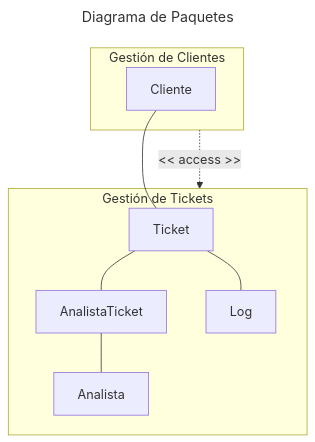
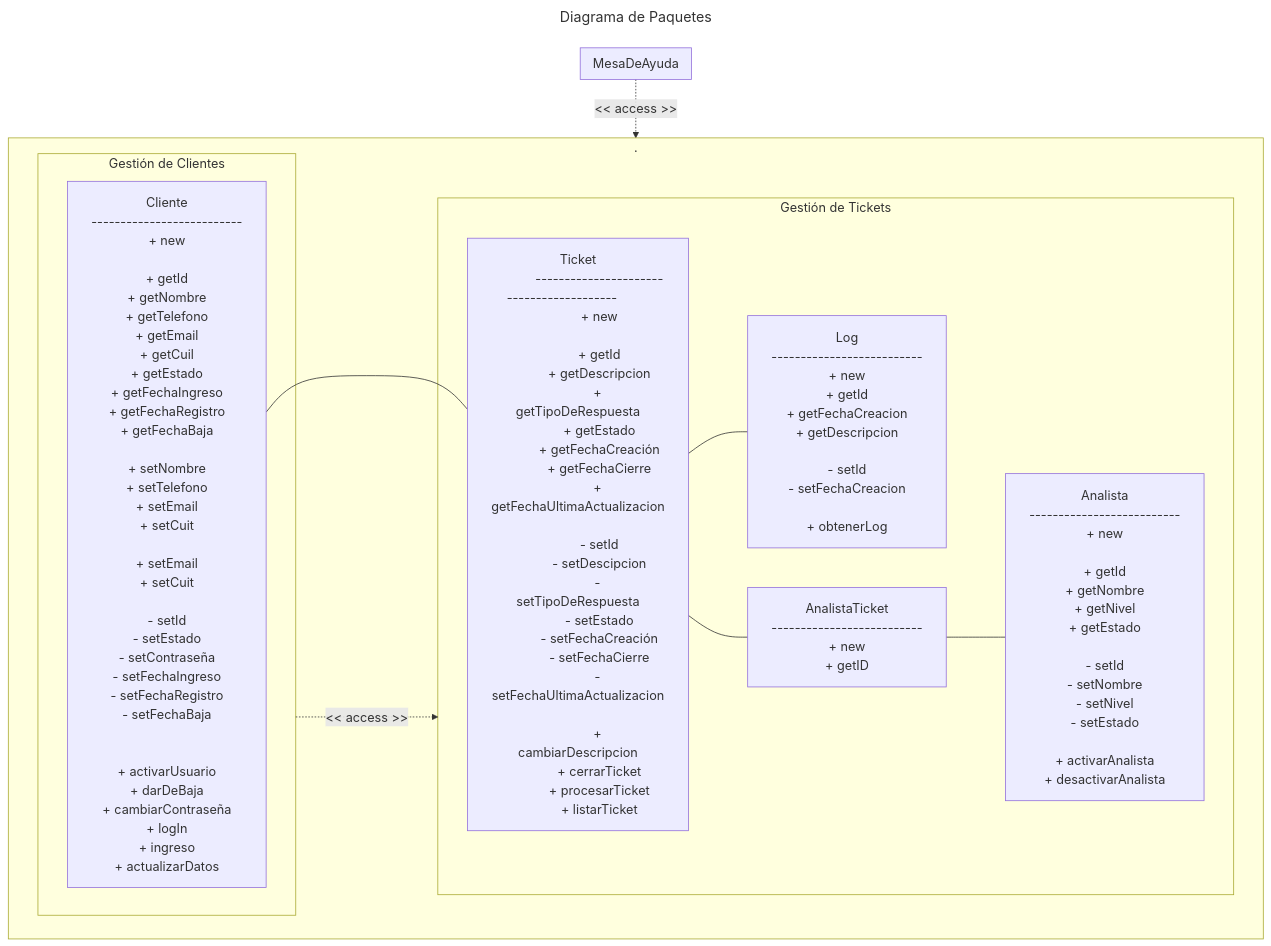
One commit to Pendorchoide/IS1-2026-UADER changed the diagram in TP 7/Punto 2/Diagrama_Paq.md. Above: the diagram before and after it, drawn with Mermaid. The commit also changed 1 other file, not shown here.

````diff
--- a/TP 7/Punto 2/Diagrama_Paq.md
+++ b/TP 7/Punto 2/Diagrama_Paq.md
@@ -4,23 +4,117 @@
 title: Diagrama de Paquetes
 ---
 flowchart TB
-
-    subgraph GestionClientes [Gestión de Clientes]
-        Cliente[Cliente]
+    subgraph MesaDeAyuda
     end
 
-    subgraph GestionTickets [Gestión de Tickets]
-        Ticket[Ticket]
-        AnalistaTicket[AnalistaTicket]
-        Analista[Analista]
-        Log[Log]
-    end
+    subgraph CLienteTicket [.]
+        subgraph GestionClientes [Gestión de Clientes]
+            Cliente[Cliente
+            --------------------------         
+            + new
 
-    Cliente --- Ticket
-    Ticket --- Log
-    Ticket --- AnalistaTicket
-    AnalistaTicket --- Analista
+            + getId 
+            + getNombre 
+            + getTelefono 
+            + getEmail
+            + getCuil
+            + getEstado
+            + getFechaIngreso
+            + getFechaRegistro
+            + getFechaBaja
+            
+            + setNombre
+            + setTelefono
+            + setEmail
+            + setCuit
 
-    GestionClientes -.->|<< access >>| GestionTickets
+            + setEmail
+            + setCuit
 
+            - setId
+            - setEstado
+            - setContraseña
+            - setFechaIngreso
+            - setFechaRegistro
+            - setFechaBaja
+
+
+            + activarUsuario
+            + darDeBaja
+            + cambiarContraseña
+            + logIn
+            + ingreso
+            + actualizarDatos]
+  
+        end
+
+        subgraph GestionTickets [Gestión de Tickets]
+            Ticket[Ticket
+            -----------------------------------------         
+            + new
+
+            + getId
+            + getDescripcion
+            + getTipoDeRespuesta
+            + getEstado
+            + getFechaCreación
+            + getFechaCierre
+            + getFechaUltimaActualizacion
+
+            - setId
+            - setDescipcion
+            - setTipoDeRespuesta
+            - setEstado
+            - setFechaCreación
+            - setFechaCierre
+            - setFechaUltimaActualizacion
+
+            + cambiarDescripcion
+            + cerrarTicket
+            + procesarTicket
+            + listarTicket]
+
+            AnalistaTicket[AnalistaTicket
+            --------------------------         
+            + new
+            + getID]
+
+            Analista[Analista
+            --------------------------         
+            + new
+
+            + getId
+            + getNombre
+            + getNivel
+            + getEstado
+
+            - setId
+            - setNombre
+            - setNivel
+            - setEstado
+
+            + activarAnalista
+            + desactivarAnalista
+            ]
+            Log[Log
+            --------------------------         
+            + new
+            + getId
+            + getFechaCreacion
+            + getDescripcion
+
+            - setId
+            - setFechaCreacion
+
+            + obtenerLog]
+        end
+
+        Cliente --- Ticket
+        Ticket --- Log
+        Ticket --- AnalistaTicket
+        AnalistaTicket --- Analista
+
+        GestionClientes -.->|<< access >>| GestionTickets
+    end 
+        MesaDeAyuda -.->|<< access >>| CLienteTicket
 ```
````
